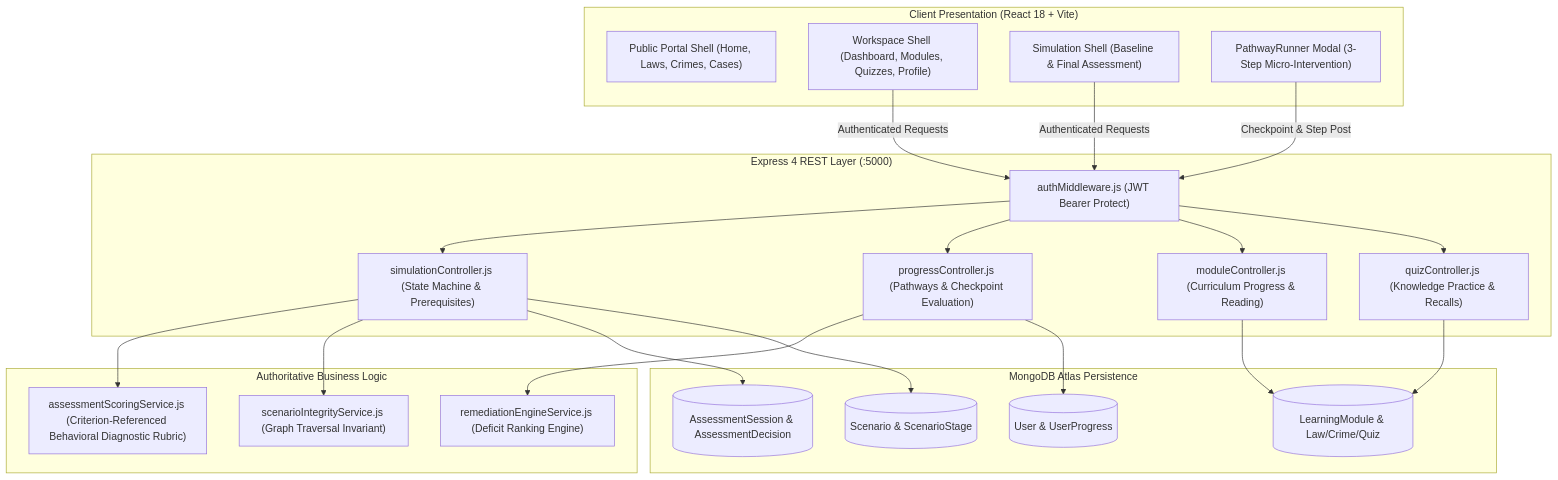
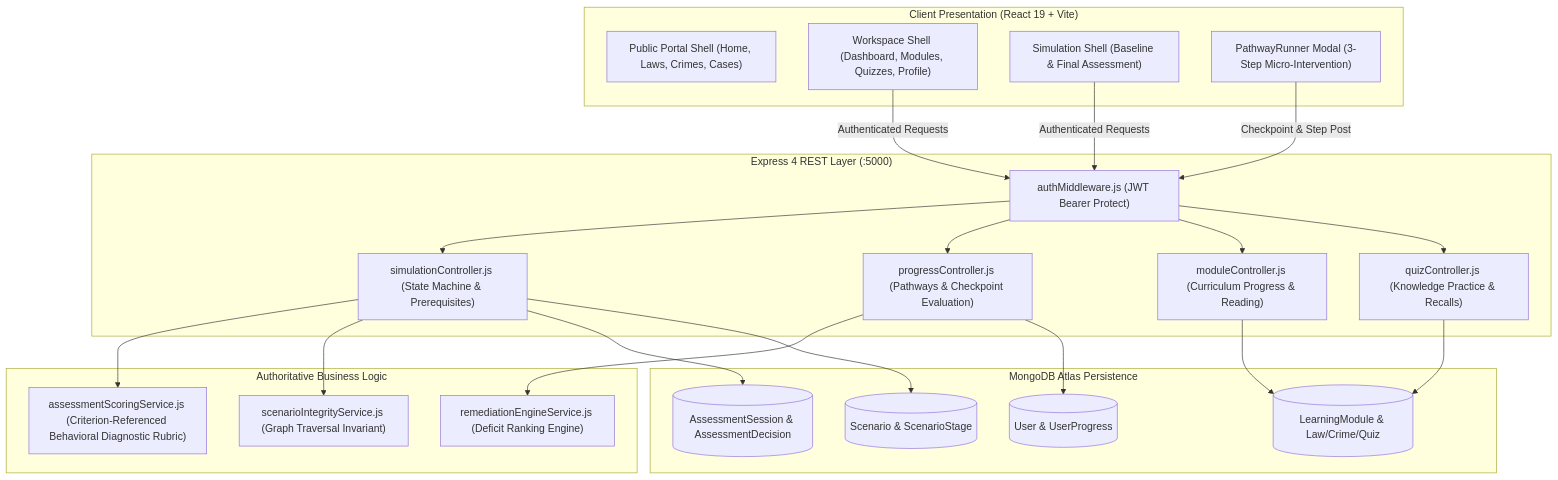
Before and after one commit to NightFury-boss/CyberLawAwarnessPortal: the first of 2 diagrams in .planning/codebase/ARCHITECTURE.md, drawn with Mermaid. The commit also changed 14 other files, not shown here.

````diff
--- a/.planning/codebase/ARCHITECTURE.md
+++ b/.planning/codebase/ARCHITECTURE.md
@@ -6,49 +6,49 @@
 ```mermaid
 graph TD
-    subgraph ClientLayer ["Client Presentation (React 18 + Vite)"]
+    subgraph ClientLayer ["Client Presentation (React 19 + Vite)"]
         PublicApp["Public Portal Shell (Home, Laws, Crimes, Cases)"]
         WorkspaceApp["Workspace Shell (Dashboard, Modules, Quizzes, Profile)"]
         SimRunner["Simulation Shell (Baseline & Final Assessment)"]
         PathwayModal["PathwayRunner Modal (3-Step Micro-Intervention)"]
     end
 
     subgraph APILayer ["Express 4 REST Layer (:5000)"]
         AuthMiddleware["authMiddleware.js (JWT Bearer Protect)"]
         SimulationCtrl["simulationController.js (State Machine & Prerequisites)"]
         ProgressCtrl["progressController.js (Pathways & Checkpoint Evaluation)"]
         ModuleCtrl["moduleController.js (Curriculum Progress & Reading)"]
         QuizCtrl["quizController.js (Knowledge Practice & Recalls)"]
     end
 
     subgraph ServiceLayer ["Authoritative Business Logic"]
         ScoringEngine["assessmentScoringService.js (Criterion-Referenced Behavioral Diagnostic Rubric)"]
         RemediationEngine["remediationEngineService.js (Deficit Ranking Engine)"]
         IntegrityService["scenarioIntegrityService.js (Graph Traversal Invariant)"]
     end
 
     subgraph DataLayer ["MongoDB Atlas Persistence"]
         UserCol[("User & UserProgress")]
         ScenarioCol[("Scenario & ScenarioStage")]
         SessionCol[("AssessmentSession & AssessmentDecision")]
         ModuleCol[("LearningModule & Law/Crime/Quiz")]
     end
 
     WorkspaceApp -->|Authenticated Requests| AuthMiddleware
     SimRunner -->|Authenticated Requests| AuthMiddleware
     PathwayModal -->|Checkpoint & Step Post| AuthMiddleware
 
     AuthMiddleware --> SimulationCtrl
     AuthMiddleware --> ProgressCtrl
     AuthMiddleware --> ModuleCtrl
     AuthMiddleware --> QuizCtrl
 
     SimulationCtrl --> ScoringEngine
     SimulationCtrl --> IntegrityService
     ProgressCtrl --> RemediationEngine
 
     SimulationCtrl --> SessionCol
     SimulationCtrl --> ScenarioCol
     ProgressCtrl --> UserCol
     ModuleCtrl --> ModuleCol
     QuizCtrl --> ModuleCol
 ```
````
